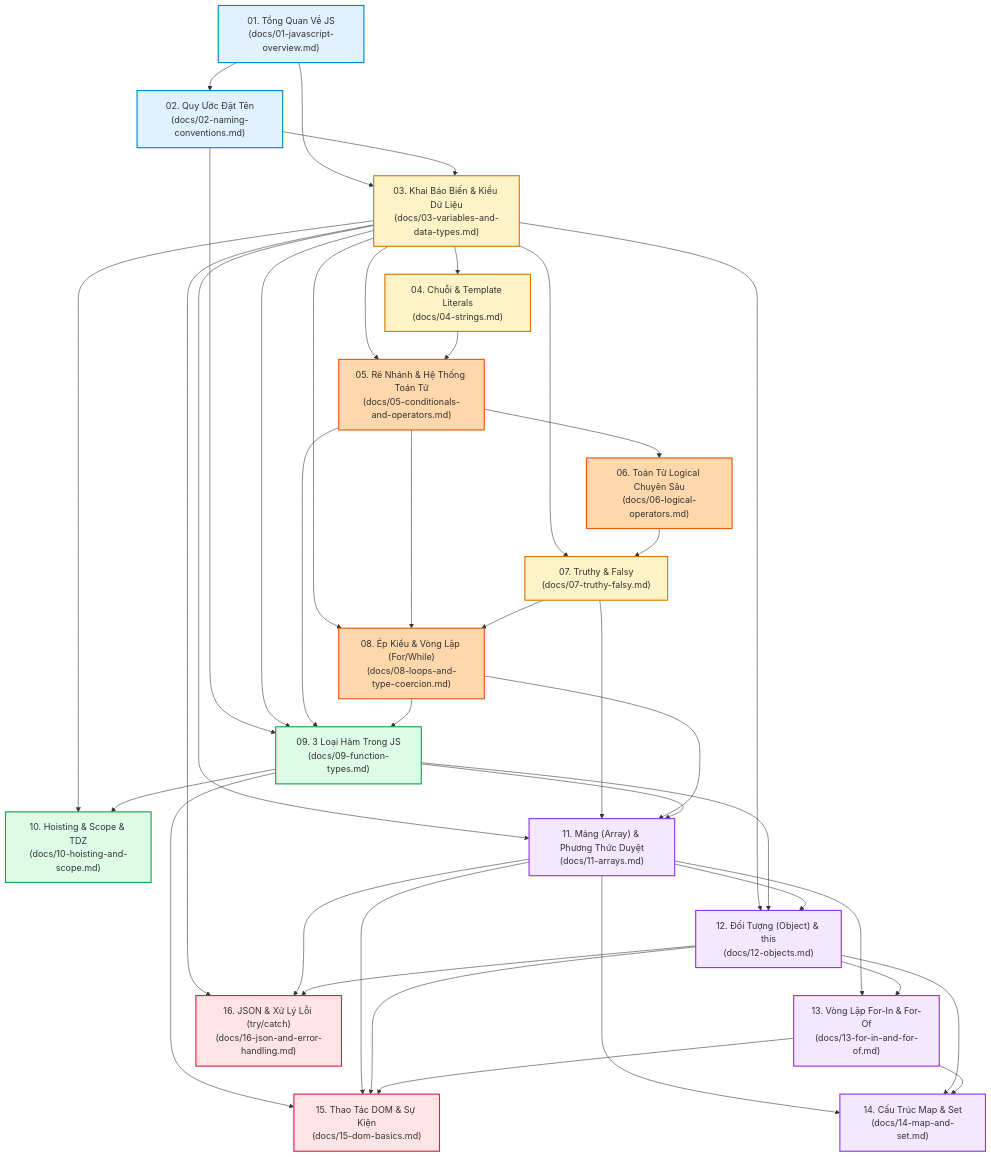
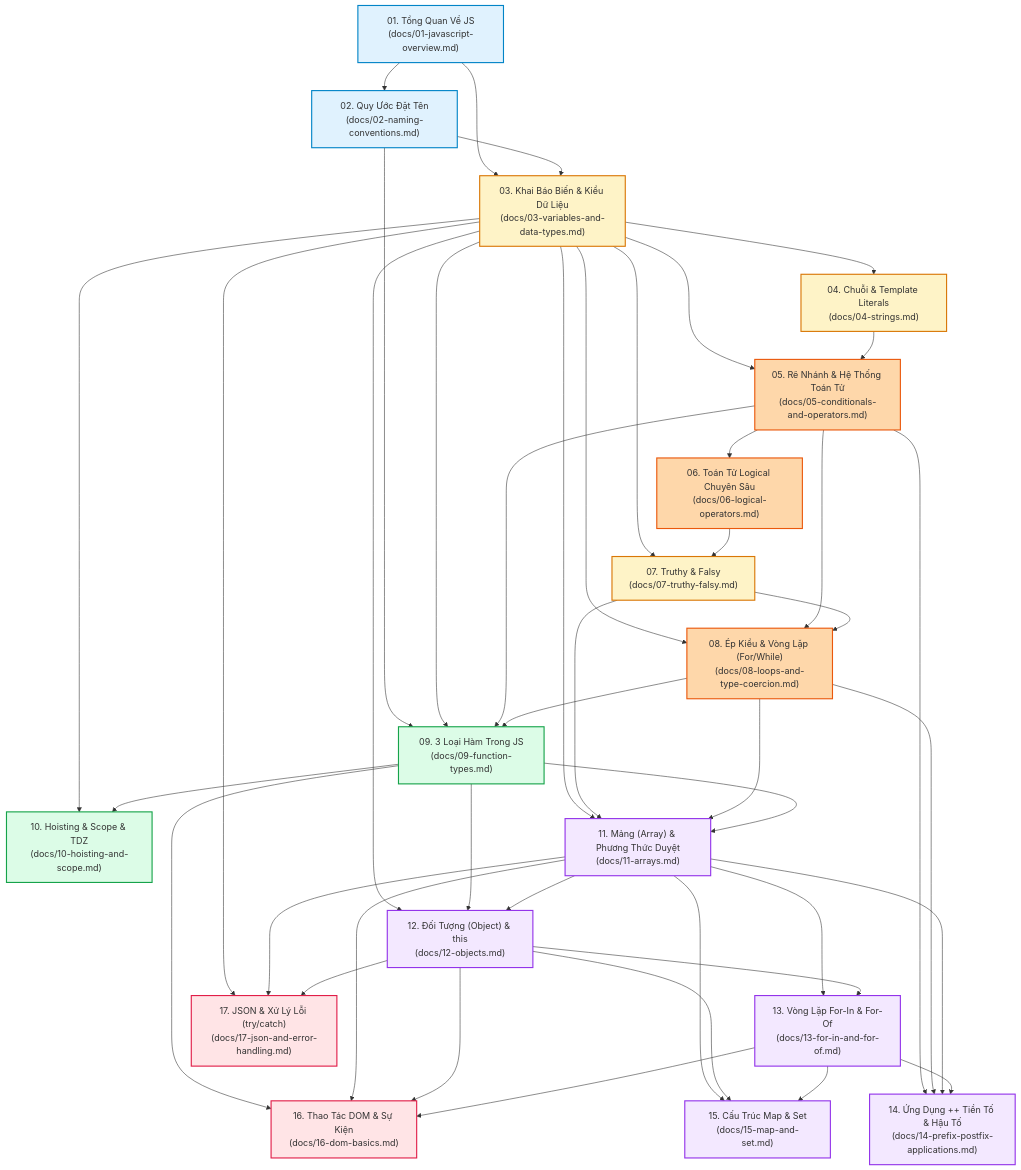
The diagram in agent.md (htccnam/javascript), drawn with Mermaid before and after one commit. The commit also changed other lines of this file and 25 other files, not shown here.

Commit message:
feat(curriculum): add lesson 14 prefix-postfix applications and shift lessons 15-17

````diff
--- a/agent.md
+++ b/agent.md
@@ -31,66 +31,70 @@
 ```mermaid
 flowchart TD
     %% Tầng 1: Khởi động & Môi trường
     L01["01. Tổng Quan Về JS<br>(docs/01-javascript-overview.md)"] --> L02["02. Quy Ước Đặt Tên<br>(docs/02-naming-conventions.md)"]
     L01 --> L03["03. Khai Báo Biến & Kiểu Dữ Liệu<br>(docs/03-variables-and-data-types.md)"]
     L02 --> L03
 
     %% Tầng 2: Hệ thống dữ liệu & Cấu trúc điều khiển căn bản
     L03 --> L04["04. Chuỗi & Template Literals<br>(docs/04-strings.md)"]
     L03 --> L05["05. Rẽ Nhánh & Hệ Thống Toán Tử<br>(docs/05-conditionals-and-operators.md)"]
     L04 --> L05
     L05 --> L06["06. Toán Tử Logical Chuyên Sâu<br>(docs/06-logical-operators.md)"]
     L03 --> L07["07. Truthy & Falsy<br>(docs/07-truthy-falsy.md)"]
     L06 --> L07
 
     %% Tầng 3: Cấu trúc lặp & Ép kiểu sâu
     L03 --> L08["08. Ép Kiểu & Vòng Lặp (For/While)<br>(docs/08-loops-and-type-coercion.md)"]
     L05 --> L08
     L07 --> L08
 
     %% Tầng 4: Hàm & Động cơ thực thi
     L02 --> L09["09. 3 Loại Hàm Trong JS<br>(docs/09-function-types.md)"]
     L03 --> L09
     L05 --> L09
     L08 --> L09
     L03 --> L10["10. Hoisting & Scope & TDZ<br>(docs/10-hoisting-and-scope.md)"]
     L09 --> L10
 
     %% Tầng 5: Cấu trúc dữ liệu & Vòng lặp chuyên sâu
     L03 --> L11["11. Mảng (Array) & Phương Thức Duyệt<br>(docs/11-arrays.md)"]
     L07 --> L11
     L08 --> L11
     L09 --> L11
     L03 --> L12["12. Đối Tượng (Object) & this<br>(docs/12-objects.md)"]
     L09 --> L12
     L11 --> L12
     L11 --> L13["13. Vòng Lặp For-In & For-Of<br>(docs/13-for-in-and-for-of.md)"]
     L12 --> L13
-    L11 --> L14["14. Cấu Trúc Map & Set<br>(docs/14-map-and-set.md)"]
-    L12 --> L14
+    L05 --> L14["14. Ứng Dụng ++ Tiền Tố & Hậu Tố<br>(docs/14-prefix-postfix-applications.md)"]
+    L08 --> L14
+    L11 --> L14
     L13 --> L14
+    L11 --> L15["15. Cấu Trúc Map & Set<br>(docs/15-map-and-set.md)"]
+    L12 --> L15
+    L13 --> L15
 
     %% Tầng 6: Ứng dụng tương tác & Xử lý ngoại lệ
-    L09 --> L15["15. Thao Tác DOM & Sự Kiện<br>(docs/15-dom-basics.md)"]
-    L11 --> L15
-    L12 --> L15
-    L13 --> L15
-    L03 --> L16["16. JSON & Xử Lý Lỗi (try/catch)<br>(docs/16-json-and-error-handling.md)"]
+    L09 --> L16["16. Thao Tác DOM & Sự Kiện<br>(docs/16-dom-basics.md)"]
     L11 --> L16
     L12 --> L16
+    L13 --> L16
+    L03 --> L17["17. JSON & Xử Lý Lỗi (try/catch)<br>(docs/17-json-and-error-handling.md)"]
+    L11 --> L17
+    L12 --> L17
 
     %% Styling
     classDef foundation fill:#e0f2fe,stroke:#0284c7,stroke-width:2px;
     classDef data fill:#fef3c7,stroke:#d97706,stroke-width:2px;
     classDef control fill:#fed7aa,stroke:#ea580c,stroke-width:2px;
     classDef logic fill:#dcfce7,stroke:#16a34a,stroke-width:2px;
     classDef datastruct fill:#f3e8ff,stroke:#9333ea,stroke-width:2px;
     classDef advanced fill:#ffe4e6,stroke:#e11d48,stroke-width:2px;
 
     class L01,L02 foundation;
     class L03,L04,L07 data;
     class L05,L06,L08 control;
     class L09,L10 logic;
-    class L11,L12,L13,L14 datastruct;
-    class L15,L16 advanced;
+    class L11,L12,L13,L14,L15 datastruct;
+    class L16,L17 advanced;
 ```
````
